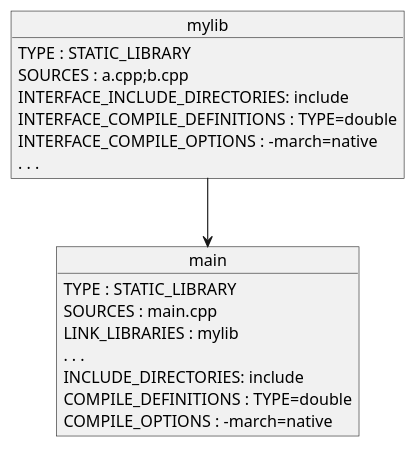
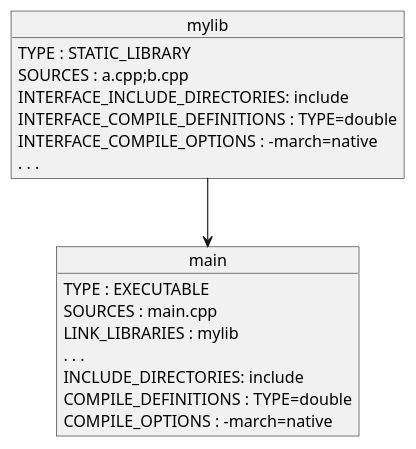
One commit to mredenti/ModernCMake changed the fourth of 6 diagrams in slides/episodes/targets.md. Above: the diagram before and after it, drawn with PlantUML. The commit also changed other lines of this file and 1 other file, not shown here.

````diff
--- a/slides/episodes/targets.md
+++ b/slides/episodes/targets.md
@@ -249,38 +253,38 @@
 ```plantuml
 top to bottom direction
 
 object mylib{
     TYPE : STATIC_LIBRARY
     
     SOURCES : a.cpp;b.cpp
     
     INTERFACE_INCLUDE_DIRECTORIES: include
     
     INTERFACE_COMPILE_DEFINITIONS : TYPE=double
     
     INTERFACE_COMPILE_OPTIONS : -march=native
     
     . . .
 }
 
 
 object main{
-    TYPE : STATIC_LIBRARY
+    TYPE : EXECUTABLE
     
     SOURCES : main.cpp
     
     LINK_LIBRARIES : mylib 
     
     . . . 
 
     INCLUDE_DIRECTORIES: include
     
     COMPILE_DEFINITIONS : TYPE=double
     
     COMPILE_OPTIONS : -march=native
 }
 
 
 mylib --> main 
 
 ```
````
